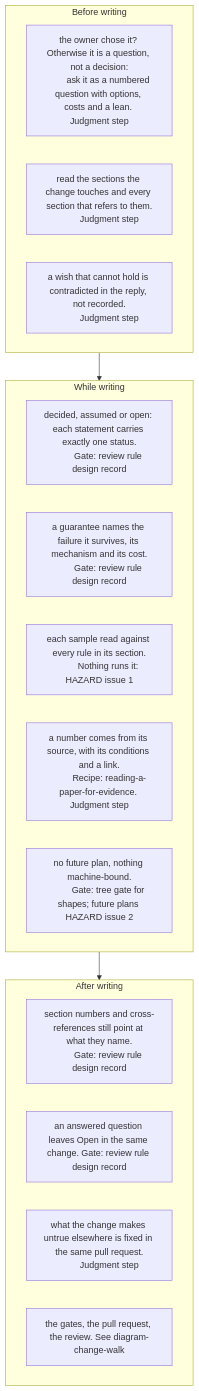
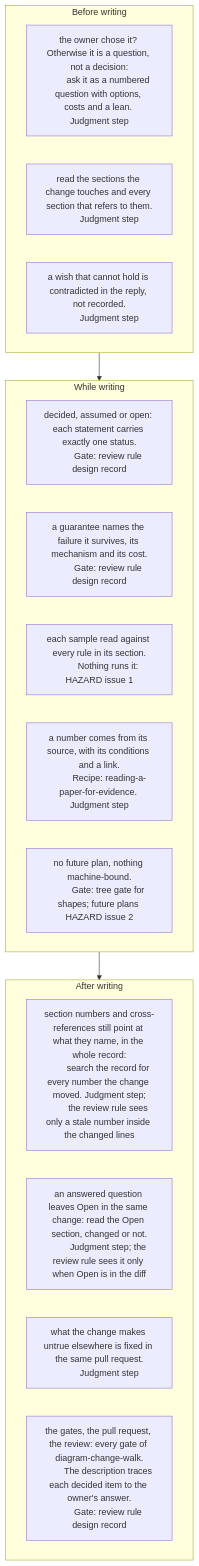
One commit to SymoHTL/Kurz changed the diagram in knowledge/diagram-design-change-playbook.md. Above: the diagram before and after it, drawn with Mermaid. The commit also changed other lines of this file and 47 other files, not shown here.

First line of the commit message:
Answer the first review: tool fixes with proofs, four HAZARDs, the docs

````diff
--- a/knowledge/diagram-design-change-playbook.md
+++ b/knowledge/diagram-design-change-playbook.md
@@ -15,32 +19,36 @@
 ```mermaid
 flowchart TD
     subgraph B["Before writing"]
         B1["the owner chose it? Otherwise it is a question, not a decision:
         ask it as a numbered question with options, costs and a lean. Judgment step"]
         B2["read the sections the change touches and every section that refers to them.
         Judgment step"]
         B3["a wish that cannot hold is contradicted in the reply, not recorded.
         Judgment step"]
     end
     subgraph D["While writing"]
         D1["decided, assumed or open: each statement carries exactly one status.
         Gate: review rule design record"]
         D2["a guarantee names the failure it survives, its mechanism and its cost.
         Gate: review rule design record"]
         D3["each sample read against every rule in its section.
         Nothing runs it: HAZARD issue 1"]
         D4["a number comes from its source, with its conditions and a link.
         Recipe: reading-a-paper-for-evidence. Judgment step"]
         D5["no future plan, nothing machine-bound.
         Gate: tree gate for shapes; future plans HAZARD issue 2"]
     end
     subgraph A["After writing"]
-        A1["section numbers and cross-references still point at what they name.
-        Gate: review rule design record"]
-        A2["an answered question leaves Open in the same change. Gate: review rule design record"]
+        A1["section numbers and cross-references still point at what they name, in the whole record:
+        search the record for every number the change moved. Judgment step;
+        the review rule sees only a stale number inside the changed lines"]
+        A2["an answered question leaves Open in the same change: read the Open section, changed or not.
+        Judgment step; the review rule sees it only when Open is in the diff"]
         A3["what the change makes untrue elsewhere is fixed in the same pull request.
         Judgment step"]
-        A4["the gates, the pull request, the review. See diagram-change-walk"]
+        A4["the gates, the pull request, the review: every gate of diagram-change-walk.
+        The description traces each decided item to the owner's answer.
+        Gate: review rule design record"]
     end
     B --> D --> A
 ```
````
